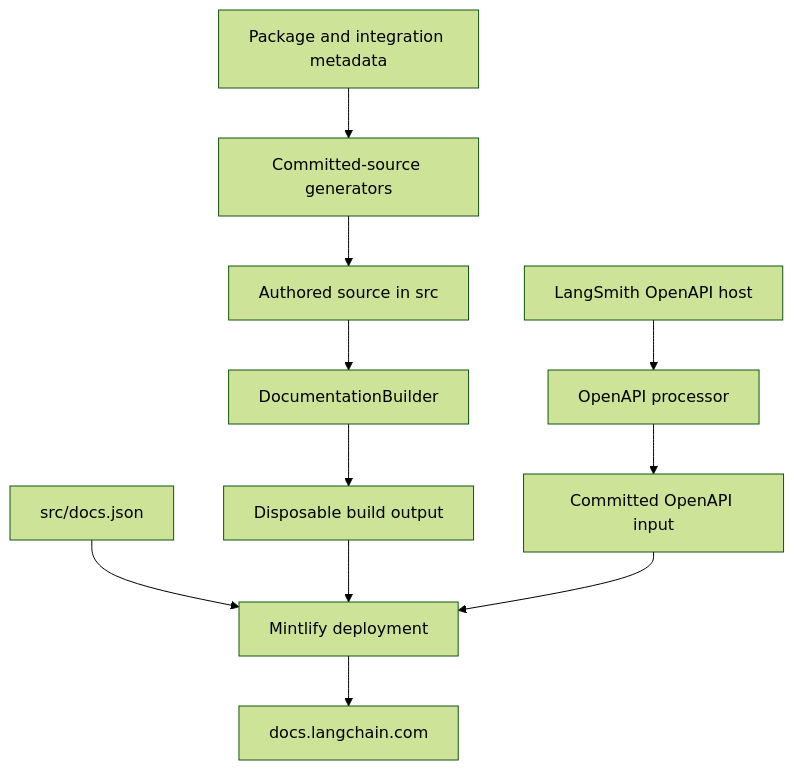
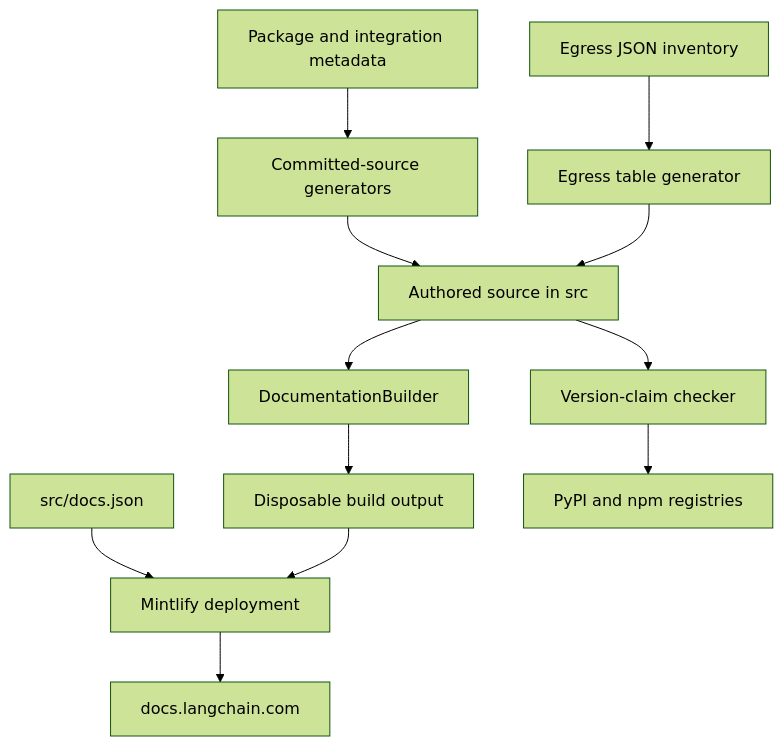
One commit to langchain-ai/docs changed the diagram in openwiki/architecture/source-map.md. Above: the diagram before and after it, drawn with Mermaid (forest theme). The commit also changed other lines of this file and 29 other files, not shown here.

````diff
--- a/openwiki/architecture/source-map.md
+++ b/openwiki/architecture/source-map.md
@@ -85,13 +29,14 @@
 ```mermaid
 flowchart TD
     Source["Authored source in src"] --> Builder["DocumentationBuilder"]
     Builder --> Output["Disposable build output"]
     Config["src/docs.json"] --> Mintlify["Mintlify deployment"]
     Output --> Mintlify
     Mintlify --> Site["docs.langchain.com"]
     Metadata["Package and integration metadata"] --> Generators["Committed-source generators"]
     Generators --> Source
-    Upstream["LangSmith OpenAPI host"] --> Processor["OpenAPI processor"]
-    Processor --> Spec["Committed OpenAPI input"]
-    Spec --> Mintlify
+    Inventory["Egress JSON inventory"] --> EgressGenerator["Egress table generator"]
+    EgressGenerator --> Source
+    Source --> VersionChecker["Version-claim checker"]
+    VersionChecker --> Registries["PyPI and npm registries"]
 ```
````
